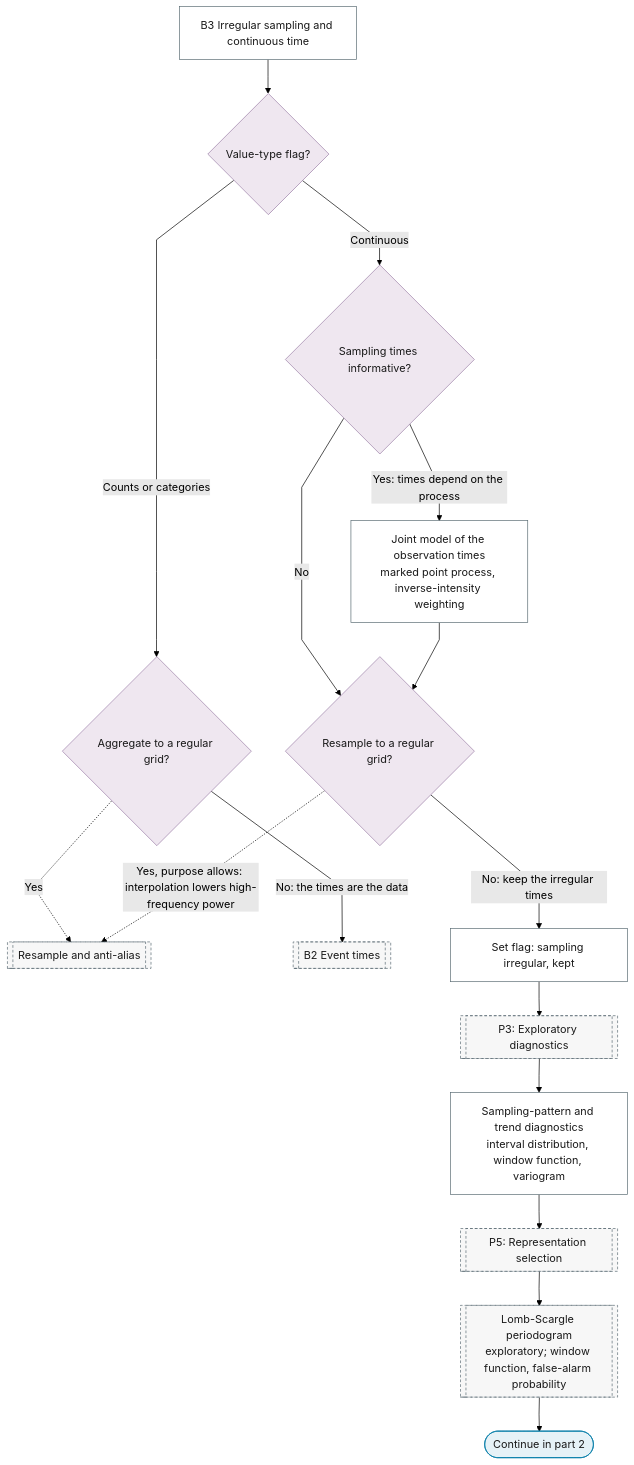
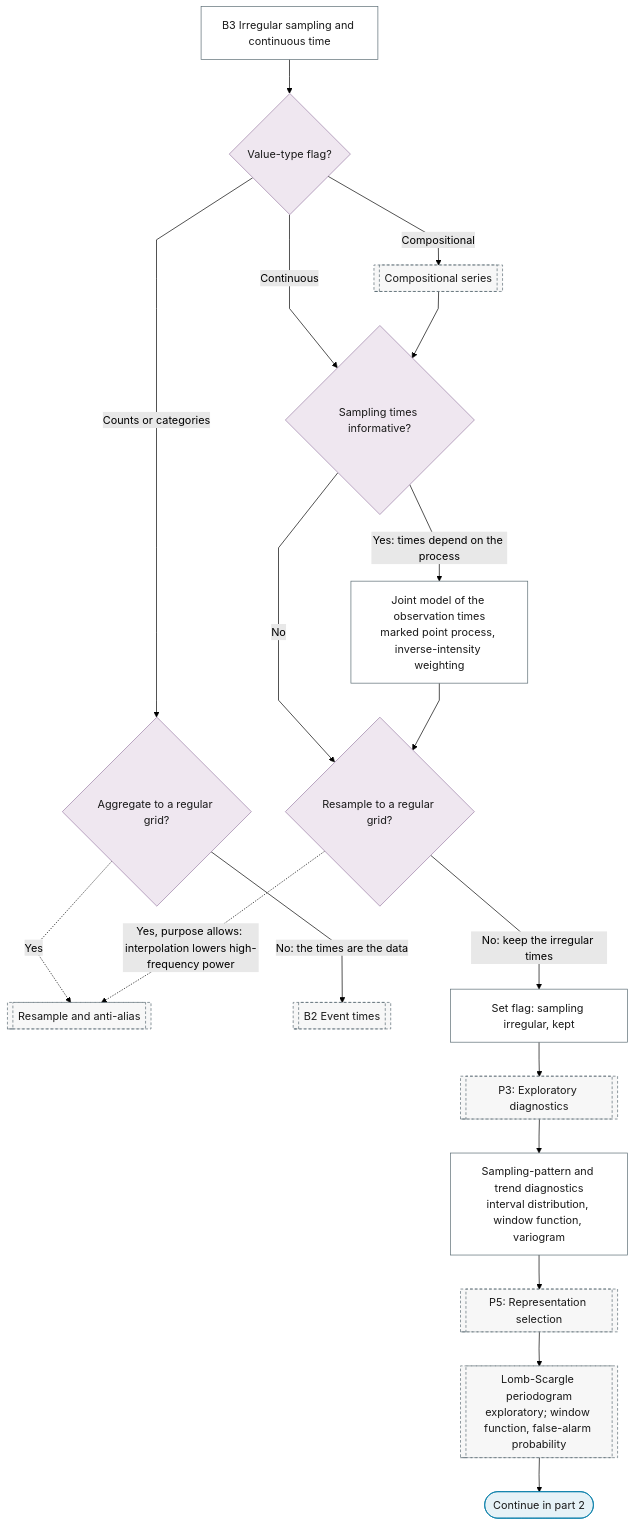
Before and after one commit to Shuxin-Y/time-series-analysis-manual: the first of 2 diagrams in docs/reference/15-continuous-time/index.md, drawn with Mermaid (forest theme). The commit also changed other lines of this file and 14 other files, not shown here.

````diff
--- a/docs/reference/15-continuous-time/index.md
+++ b/docs/reference/15-continuous-time/index.md
@@ -9,31 +9,33 @@
 ```mermaid
 %%{init: {"flowchart": {"curve": "linear"}}}%%
 graph TD
     B3["B3 Irregular sampling and continuous time"] --> B3_VALUES{"Value-type flag?"}
     B3_VALUES -->|"Counts or categories"| B3_AGGREGATE_Q{"Aggregate to a regular grid?"}
     B3_AGGREGATE_Q -.->|"Yes"| P1_RESAMPLE
     B3_AGGREGATE_Q -->|"No: the times are the data"| B2[["B2 Event times"]]
     B3_VALUES -->|"Continuous"| B3_INFORMATIVE{"Sampling times informative?"}
+    B3_VALUES -->|"Compositional"| B1_COMPOSITIONAL[["Compositional series"]]
+    B1_COMPOSITIONAL --> B3_INFORMATIVE
     B3_INFORMATIVE -->|"Yes: times depend on the process"| B3_JOINT_SAMPLING["Joint model of the observation times<br/>marked point process, inverse-intensity weighting"]
     B3_INFORMATIVE -->|"No"| B3_ROUTE{"Resample to a regular grid?"}
     B3_JOINT_SAMPLING --> B3_ROUTE
     B3_ROUTE -.->|"Yes, purpose allows: interpolation lowers high-frequency power"| P1_RESAMPLE[["Resample and anti-alias"]]
     B3_ROUTE -->|"No: keep the irregular times"| B3_KEPT_FLAG["Set flag: sampling irregular, kept"]
     B3_KEPT_FLAG --> P3[["P3: Exploratory diagnostics"]]
     P3 --> B3_DIAGNOSTICS["Sampling-pattern and trend diagnostics<br/>interval distribution, window function, variogram"]
     B3_DIAGNOSTICS --> P5[["P5: Representation selection"]]
     P5 --> P5_FD_LOMB_SCARGLE[["Lomb-Scargle periodogram<br/>exploratory; window function, false-alarm probability"]]
     P5_FD_LOMB_SCARGLE --> B3_TO_PART_2(["Continue in part 2"])
     class B3_TO_PART_2 terminator
     class B3_VALUES,B3_AGGREGATE_Q,B3_INFORMATIVE,B3_ROUTE decision
     class B3,B3_JOINT_SAMPLING,B3_DIAGNOSTICS,B3_KEPT_FLAG process
-    class P1_RESAMPLE,B2,P3,P5,P5_FD_LOMB_SCARGLE ref
+    class P1_RESAMPLE,B2,P3,P5,P5_FD_LOMB_SCARGLE,B1_COMPOSITIONAL ref
     classDef terminator fill:#E6F2F7,stroke:#007BA7,color:#1A1A1A;
     classDef process fill:#FFFFFF,stroke:#5A6B73,color:#1A1A1A;
     classDef decision fill:#EFE7F0,stroke:#9B7FA7,color:#1A1A1A;
     classDef data fill:#FFF4E0,stroke:#C9A55E,color:#1A1A1A;
     classDef good fill:#DCEFD8,stroke:#4A7A3F,color:#1A1A1A;
     classDef escalate fill:#FFE9C2,stroke:#C9A55E,color:#1A1A1A;
     classDef problem fill:#F2D9DE,stroke:#800020,color:#1A1A1A;
     classDef ref fill:#F7F7F7,stroke:#5A6B73,color:#1A1A1A,stroke-dasharray:4 3;
 ```
````
